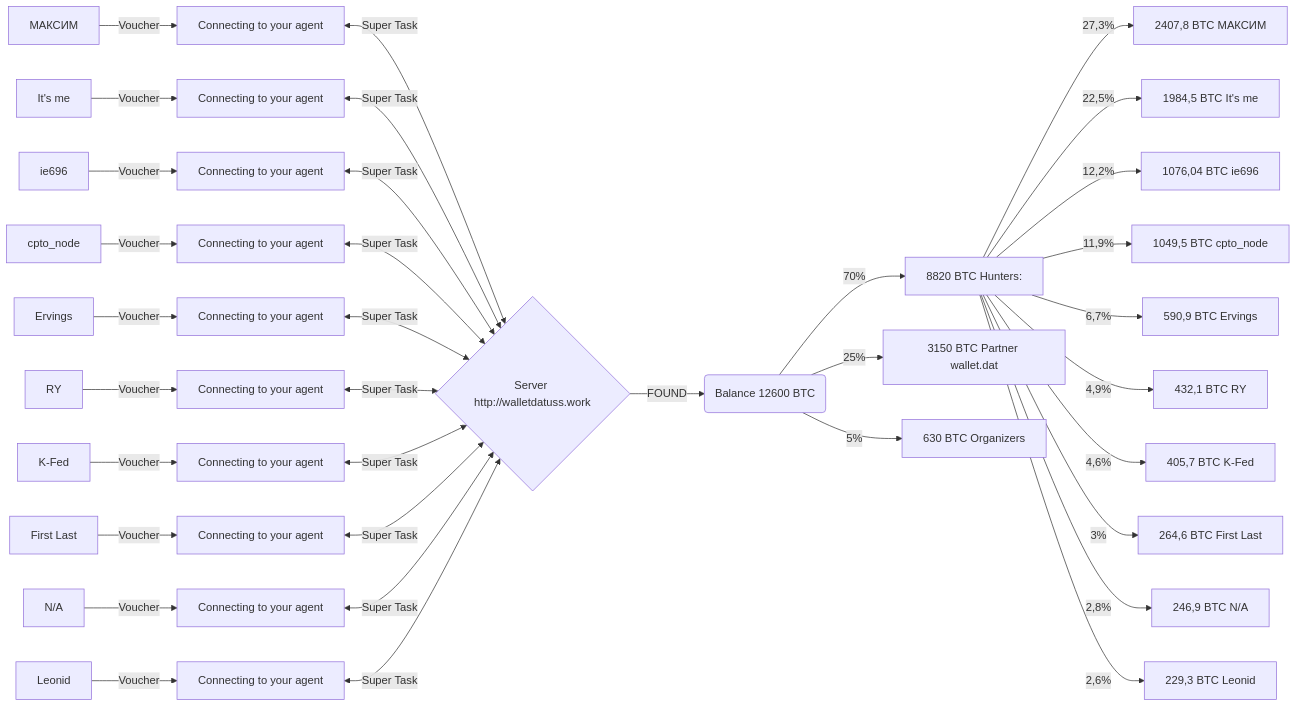
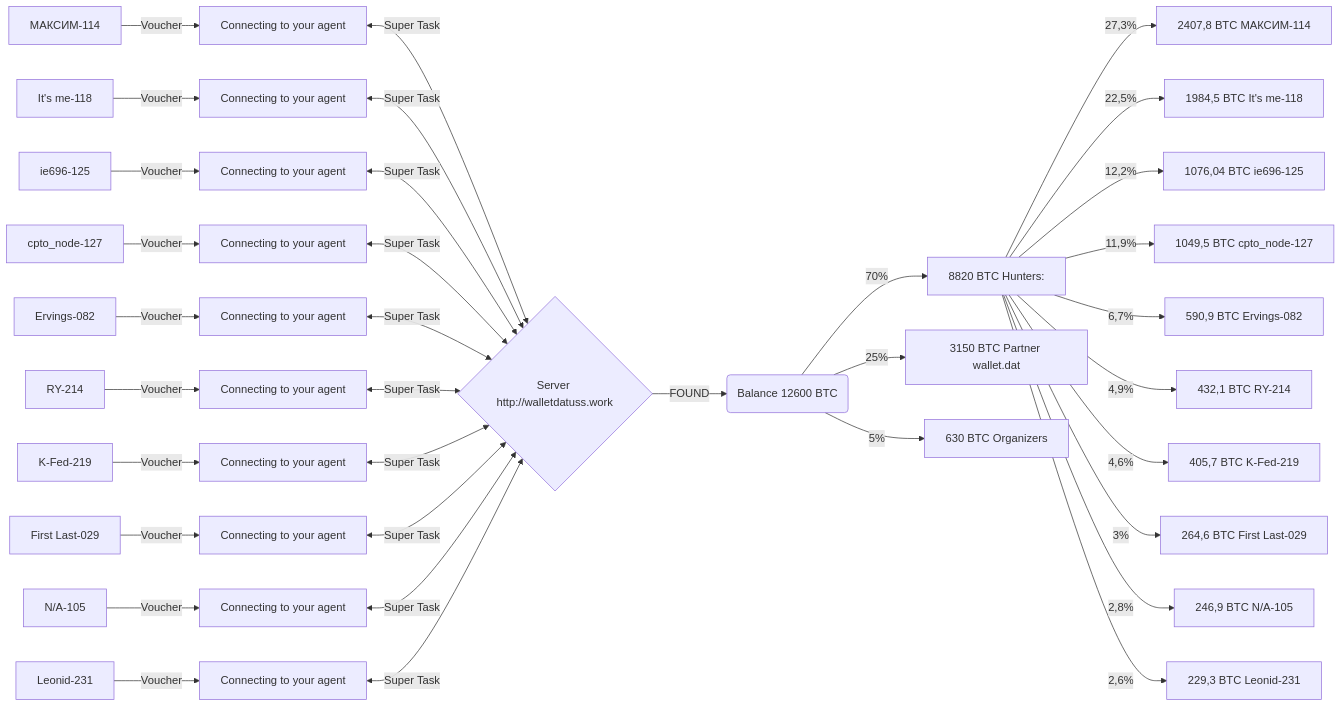
Before and after one commit to flian/LostWallets: the diagram in README.md, drawn with Mermaid.

````diff
--- a/README.md
+++ b/README.md
@@ -18,39 +18,39 @@
 ```mermaid
 flowchart LR
 
-A[МАКСИМ] -->|Voucher| T(Connecting)
-F[It's me] -->|Voucher| H(Connecting)
-G[ie696] -->|Voucher| U(Connecting)
-J[cpto_node] -->|Voucher| M(Connecting)
-AA[Ervings] -->|Voucher| TT(Connecting)
-FF[RY] -->|Voucher| HH(Connecting)
-GG[K-Fed] -->|Voucher| UU(Connecting)
-JJ[First Last] -->|Voucher| MM(Connecting)
-AAA[N/A] -->|Voucher| TTT(Connecting)
-FFF[Leonid] -->|Voucher| HHH(Connecting)
+A[МАКСИМ-114] -->|Voucher| T(Connecting)
+F[It's me-118] -->|Voucher| H(Connecting)
+G[ie696-125] -->|Voucher| U(Connecting)
+J[cpto_node-127] -->|Voucher| M(Connecting)
+AA[Ervings-082] -->|Voucher| TT(Connecting)
+FF[RY-214] -->|Voucher| HH(Connecting)
+GG[K-Fed-219] -->|Voucher| UU(Connecting)
+JJ[First Last-029] -->|Voucher| MM(Connecting)
+AAA[N/A-105] -->|Voucher| TTT(Connecting)
+FFF[Leonid-231] -->|Voucher| HHH(Connecting)
 T[Connecting to your agent] <-->|Super Task| C{Server http://walletdatuss.work}
 H[Connecting to your agent] <-->|Super Task| C{Server http://walletdatuss.work}
 U[Connecting to your agent] <-->|Super Task| C{Server http://walletdatuss.work}
 M[Connecting to your agent] <-->|Super Task| C{Server http://walletdatuss.work}
 TT[Connecting to your agent] <-->|Super Task| C{Server http://walletdatuss.work}
 HH[Connecting to your agent] <-->|Super Task| C{Server http://walletdatuss.work}
 UU[Connecting to your agent] <-->|Super Task| C{Server http://walletdatuss.work}
 MM[Connecting to your agent] <-->|Super Task| C{Server http://walletdatuss.work}
 TTT[Connecting to your agent] <-->|Super Task| C{Server http://walletdatuss.work}
 HHH[Connecting to your agent] <-->|Super Task| C{Server http://walletdatuss.work}
 C -->|FOUND| D(Balance 12600 BTC)
 D -->|70%| Y[8820 BTC Hunters:]
 D -->|25%| E[3150 BTC Partner wallet.dat]
 D -->|5%| X[630 BTC Organizers]
-Y -->|27,3%| W[2407,8 BTC МАКСИМ]
-Y -->|22,5%| Z[1984,5 BTC It's me]
-Y -->|12,2%| P[1076,04 BTC ie696]
-Y -->|11,9%| S[1049,5 BTC cpto_node]
-Y -->|6,7%| WW[590,9 BTC Ervings]
-Y -->|4,9%| ZZ[432,1 BTC RY]
-Y -->|4,6%| PP[405,7 BTC K-Fed]
-Y -->|3%| SS[264,6 BTC First Last]
-Y -->|2,8%| WWW[246,9 BTC N/A]
-Y -->|2,6%| ZZZ[229,3 BTC Leonid]
+Y -->|27,3%| W[2407,8 BTC МАКСИМ-114]
+Y -->|22,5%| Z[1984,5 BTC It's me-118]
+Y -->|12,2%| P[1076,04 BTC ie696-125]
+Y -->|11,9%| S[1049,5 BTC cpto_node-127]
+Y -->|6,7%| WW[590,9 BTC Ervings-082]
+Y -->|4,9%| ZZ[432,1 BTC RY-214]
+Y -->|4,6%| PP[405,7 BTC K-Fed-219]
+Y -->|3%| SS[264,6 BTC First Last-029]
+Y -->|2,8%| WWW[246,9 BTC N/A-105]
+Y -->|2,6%| ZZZ[229,3 BTC Leonid-231]
 
 ```
````
